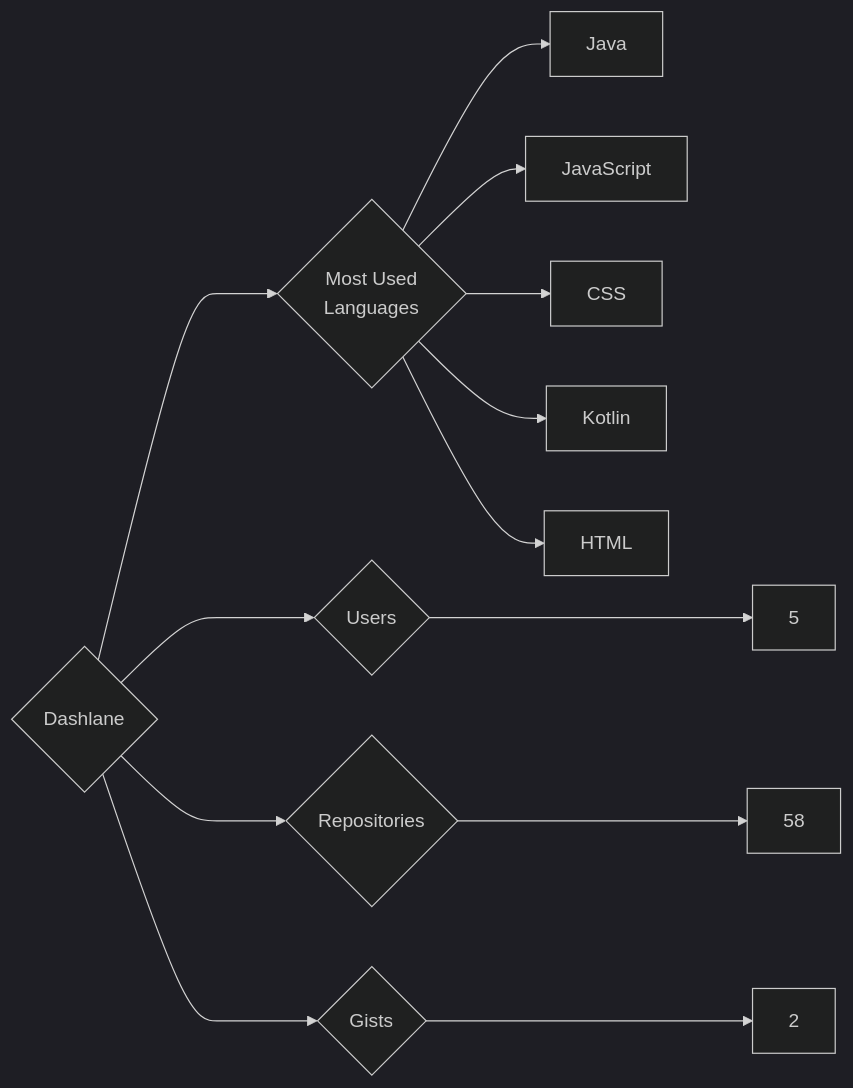
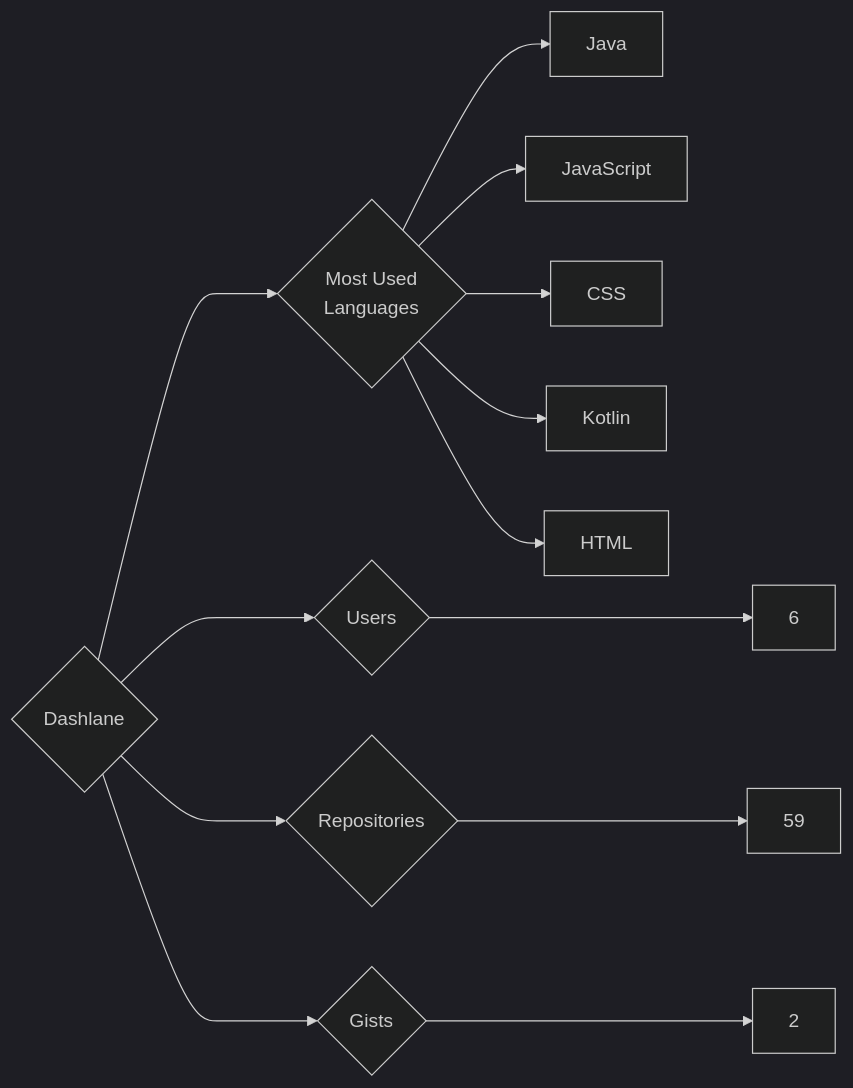
Before and after one commit to trickest/insiders: the diagram in targets/Dashlane/README.md, drawn with Mermaid (dark theme). The commit also changed 1007 other files, not shown here.

````diff
--- a/targets/Dashlane/README.md
+++ b/targets/Dashlane/README.md
@@ -3,13 +3,13 @@
 ```mermaid
 graph LR
 COMPANY_NAME{Dashlane}
-COMPANY_NAME ---> U{Users} ---> UN[5]
-COMPANY_NAME ---> R{Repositories} ---> RN[58]
+COMPANY_NAME ---> U{Users} ---> UN[6]
+COMPANY_NAME ---> R{Repositories} ---> RN[59]
 COMPANY_NAME ---> G{Gists} ---> GN[2]
 COMPANY_NAME ---> ML{Most Used<br>Languages}
 ML --> Java[Java]
 ML --> JavaScript[JavaScript]
 ML --> CSS[CSS]
 ML --> Kotlin[Kotlin]
 ML --> HTML[HTML]
 ```
````
